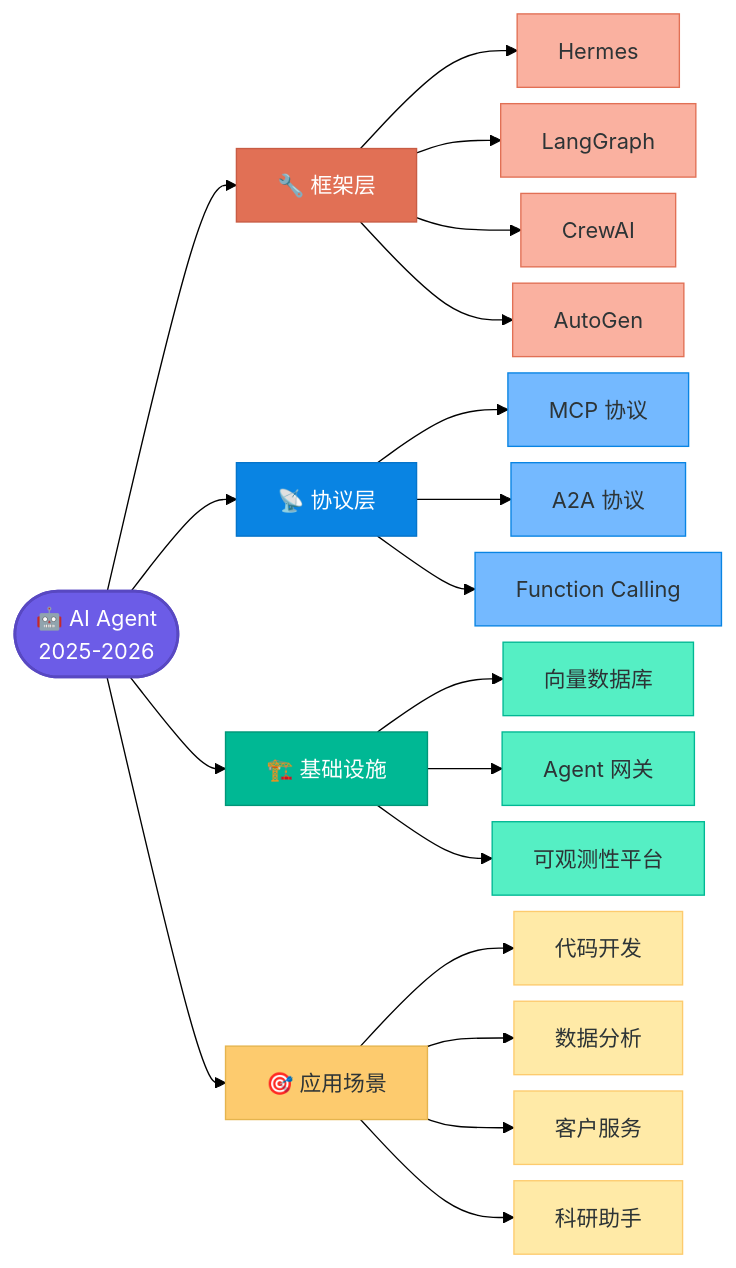
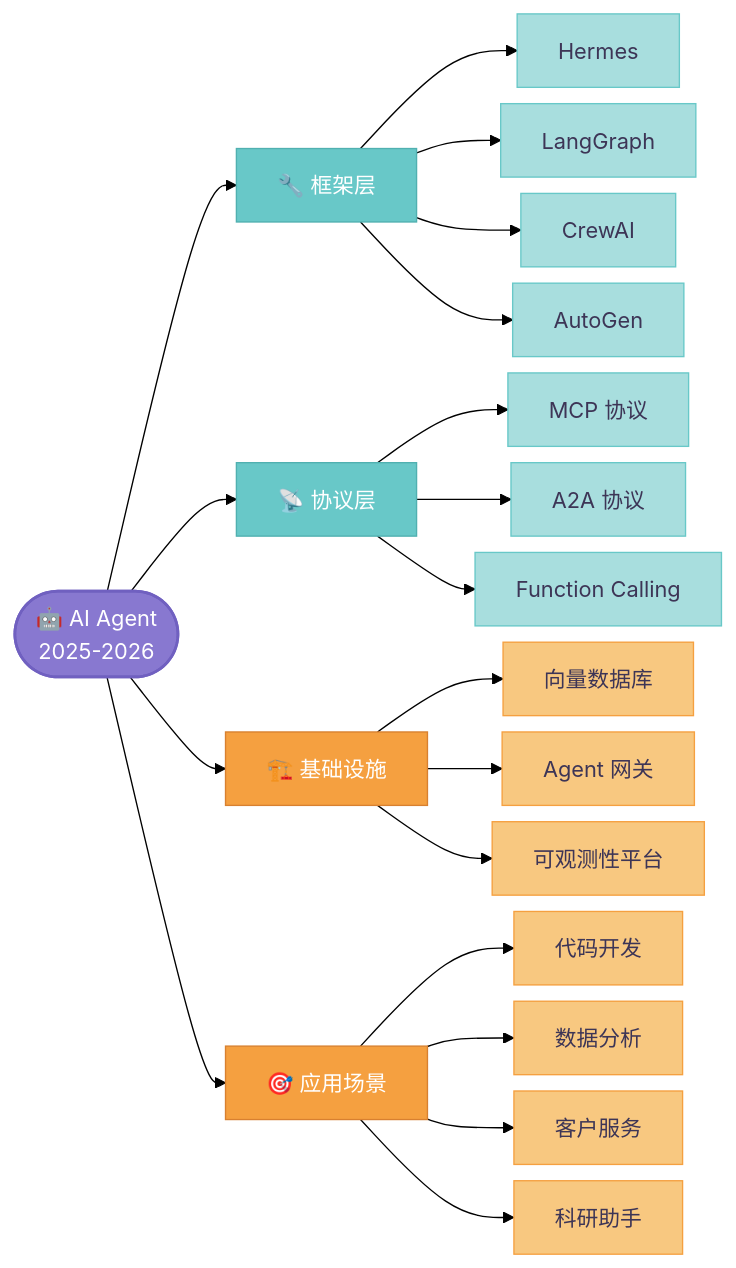
One commit to caoping0623/caoping0623.github.io changed the eighth of 12 diagrams in _posts/2026-04-15-ai-agent.md. Above: the diagram before and after it, drawn with Mermaid (forest theme). The commit also changed other lines of this file and 1 other file, not shown here.

First line of the commit message:
Update flowchart color scheme to match reference: teal/orange nodes, lavender arrows, pink subgraph containers

```diff
--- a/_posts/2026-04-15-ai-agent.md
+++ b/_posts/2026-04-15-ai-agent.md
@@ -255,52 +259,52 @@
 <div class="mermaid">
 %%{init: {'flowchart': {'rankSpacing': 35, 'nodeSpacing': 12}}}%%
 graph LR
     ROOT(["🤖 AI Agent<br/>2025-2026"])
 
     ROOT --> F1["🔧 框架层"]
     ROOT --> P1["📡 协议层"]
     ROOT --> I1["🏗️ 基础设施"]
     ROOT --> A1["🎯 应用场景"]
 
     F1 --> F1a["Hermes"]
     F1 --> F1b["LangGraph"]
     F1 --> F1c["CrewAI"]
     F1 --> F1d["AutoGen"]
 
     P1 --> P1a["MCP 协议"]
     P1 --> P1b["A2A 协议"]
     P1 --> P1c["Function Calling"]
 
     I1 --> I1a["向量数据库"]
     I1 --> I1b["Agent 网关"]
     I1 --> I1c["可观测性平台"]
 
     A1 --> A1a["代码开发"]
     A1 --> A1b["数据分析"]
     A1 --> A1c["客户服务"]
     A1 --> A1d["科研助手"]
 
-    style ROOT fill:#6c5ce7,color:#ffffff,stroke:#5848c2,stroke-width:2px
+    style ROOT fill:#8878d0,color:#ffffff,stroke:#7060c0,stroke-width:2px
 
-    style F1 fill:#e17055,color:#ffffff,stroke:#c85c44
-    style F1a fill:#fab1a0,color:#2d3436,stroke:#e17055
-    style F1b fill:#fab1a0,color:#2d3436,stroke:#e17055
-    style F1c fill:#fab1a0,color:#2d3436,stroke:#e17055
-    style F1d fill:#fab1a0,color:#2d3436,stroke:#e17055
+    style F1 fill:#68c8c8,color:#ffffff,stroke:#50b0b0
+    style F1a fill:#a8dede,color:#3d3556,stroke:#68c8c8
+    style F1b fill:#a8dede,color:#3d3556,stroke:#68c8c8
+    style F1c fill:#a8dede,color:#3d3556,stroke:#68c8c8
+    style F1d fill:#a8dede,color:#3d3556,stroke:#68c8c8
 
-    style P1 fill:#0984e3,color:#ffffff,stroke:#0574ca
-    style P1a fill:#74b9ff,color:#2d3436,stroke:#0984e3
-    style P1b fill:#74b9ff,color:#2d3436,stroke:#0984e3
-    style P1c fill:#74b9ff,color:#2d3436,stroke:#0984e3
+    style P1 fill:#68c8c8,color:#ffffff,stroke:#50b0b0
+    style P1a fill:#a8dede,color:#3d3556,stroke:#68c8c8
+    style P1b fill:#a8dede,color:#3d3556,stroke:#68c8c8
+    style P1c fill:#a8dede,color:#3d3556,stroke:#68c8c8
 
-    style I1 fill:#00b894,color:#ffffff,stroke:#009678
-    style I1a fill:#55efc4,color:#2d3436,stroke:#00b894
-    style I1b fill:#55efc4,color:#2d3436,stroke:#00b894
-    style I1c fill:#55efc4,color:#2d3436,stroke:#00b894
+    style I1 fill:#f5a040,color:#ffffff,stroke:#d88030
+    style I1a fill:#f8c880,color:#3d3556,stroke:#f5a040
+    style I1b fill:#f8c880,color:#3d3556,stroke:#f5a040
+    style I1c fill:#f8c880,color:#3d3556,stroke:#f5a040
 
-    style A1 fill:#fdcb6e,color:#2d3436,stroke:#e5b44e
-    style A1a fill:#ffeaa7,color:#2d3436,stroke:#fdcb6e
-    style A1b fill:#ffeaa7,color:#2d3436,stroke:#fdcb6e
-    style A1c fill:#ffeaa7,color:#2d3436,stroke:#fdcb6e
-    style A1d fill:#ffeaa7,color:#2d3436,stroke:#fdcb6e
+    style A1 fill:#f5a040,color:#ffffff,stroke:#d88030
+    style A1a fill:#f8c880,color:#3d3556,stroke:#f5a040
+    style A1b fill:#f8c880,color:#3d3556,stroke:#f5a040
+    style A1c fill:#f8c880,color:#3d3556,stroke:#f5a040
+    style A1d fill:#f8c880,color:#3d3556,stroke:#f5a040
 </div>
```
